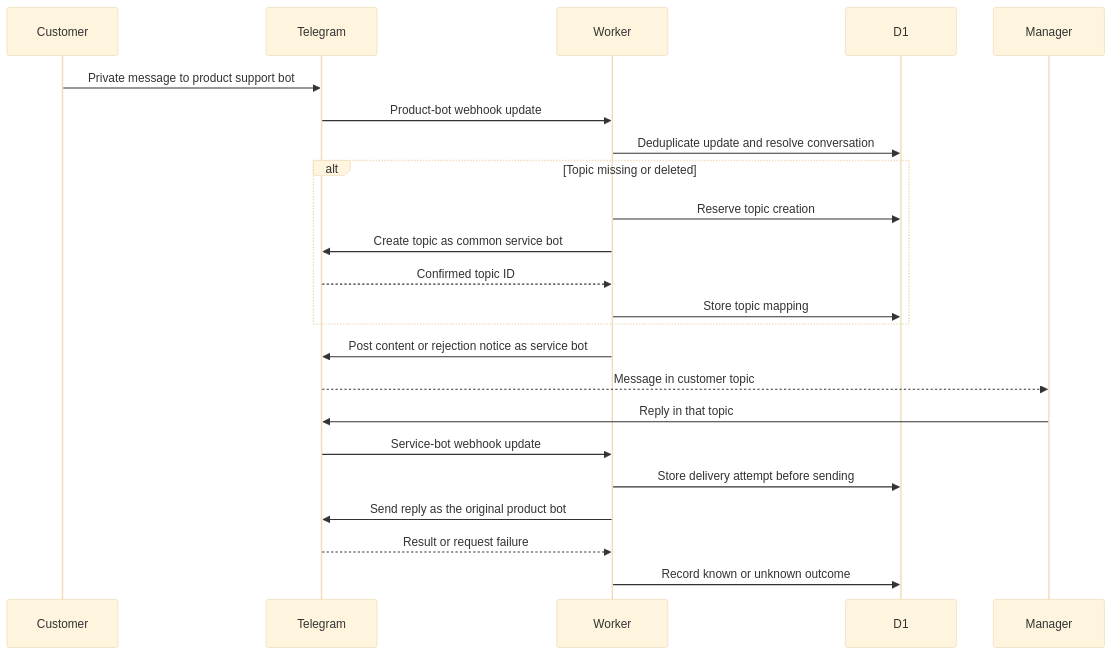
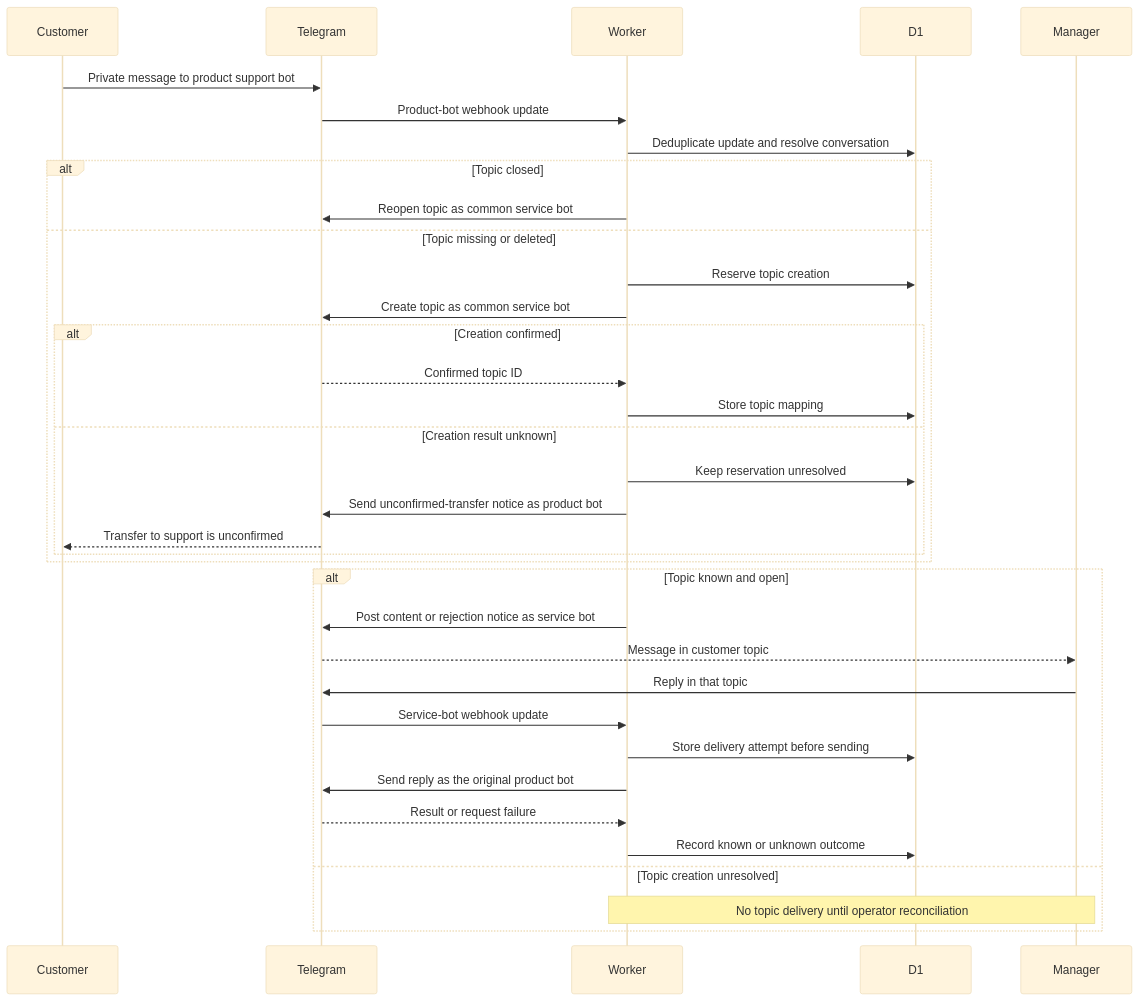
One commit to tryproxy/tg-super-backend changed the second of 2 diagrams in _docs/architecture.md. Above: the diagram before and after it, drawn with Mermaid (base theme). The commit also changed 12 other files, not shown here.

````diff
--- a/_docs/architecture.md
+++ b/_docs/architecture.md
@@ -33,25 +33,37 @@
 ```mermaid
 sequenceDiagram
     participant C as Customer
     participant T as Telegram
     participant W as Worker
     participant D as D1
     participant M as Manager
     C->>T: Private message to product support bot
     T->>W: Product-bot webhook update
     W->>D: Deduplicate update and resolve conversation
-    alt Topic missing or deleted
+    alt Topic closed
+        W->>T: Reopen topic as common service bot
+    else Topic missing or deleted
         W->>D: Reserve topic creation
         W->>T: Create topic as common service bot
-        T-->>W: Confirmed topic ID
-        W->>D: Store topic mapping
+        alt Creation confirmed
+            T-->>W: Confirmed topic ID
+            W->>D: Store topic mapping
+        else Creation result unknown
+            W->>D: Keep reservation unresolved
+            W->>T: Send unconfirmed-transfer notice as product bot
+            T-->>C: Transfer to support is unconfirmed
+        end
     end
-    W->>T: Post content or rejection notice as service bot
-    T-->>M: Message in customer topic
-    M->>T: Reply in that topic
-    T->>W: Service-bot webhook update
-    W->>D: Store delivery attempt before sending
-    W->>T: Send reply as the original product bot
-    T-->>W: Result or request failure
-    W->>D: Record known or unknown outcome
+    alt Topic known and open
+        W->>T: Post content or rejection notice as service bot
+        T-->>M: Message in customer topic
+        M->>T: Reply in that topic
+        T->>W: Service-bot webhook update
+        W->>D: Store delivery attempt before sending
+        W->>T: Send reply as the original product bot
+        T-->>W: Result or request failure
+        W->>D: Record known or unknown outcome
+    else Topic creation unresolved
+        Note over W,M: No topic delivery until operator reconciliation
+    end
 ```
````
